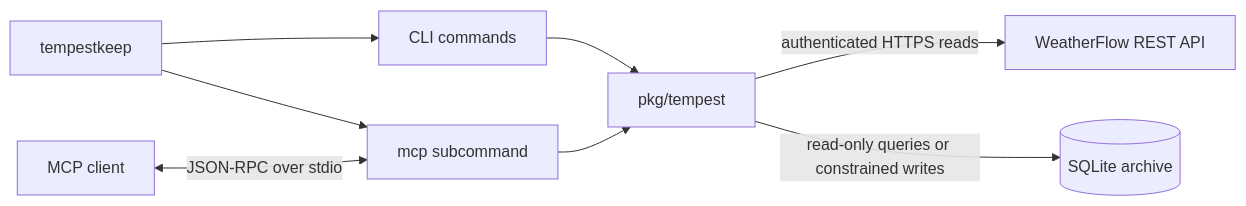
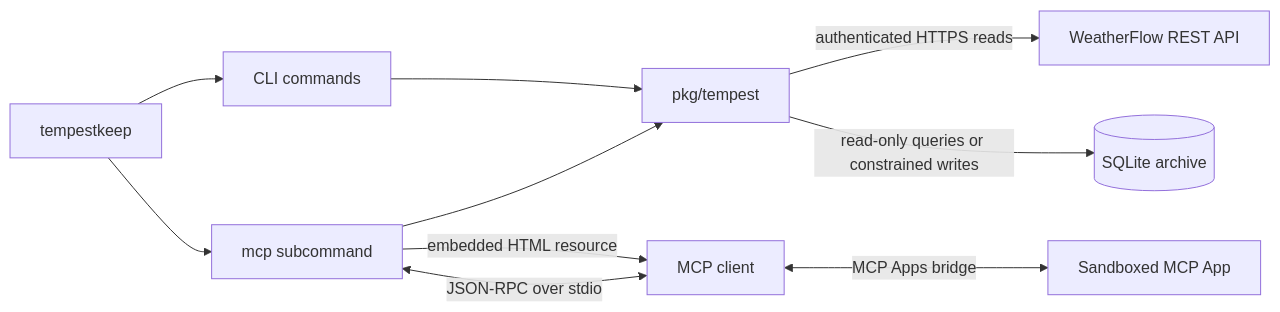
The diagram in docs/architecture.md (agent-lennrt/tempestkeep), drawn with Mermaid before and after one commit. The commit also changed other lines of this file and 51 other files, not shown here.

Commit message:
Add embedded MCP Apps weather and archive explorer

````diff
--- a/docs/architecture.md
+++ b/docs/architecture.md
@@ -9,18 +9,21 @@
 ```mermaid
 flowchart LR
     WF[WeatherFlow REST API]
     APP[tempestkeep]
     CLI[CLI commands]
     MCP[mcp subcommand]
     CORE[pkg/tempest]
     DB[(SQLite archive)]
     CLIENT[MCP client]
+    VIEW[Sandboxed MCP App]
 
     APP --> CLI
     APP --> MCP
     CLI --> CORE
     MCP --> CORE
     CORE -->|authenticated HTTPS reads| WF
     CORE -->|read-only queries or constrained writes| DB
     CLIENT <-->|JSON-RPC over stdio| MCP
+    CLIENT <-->|MCP Apps bridge| VIEW
+    MCP -->|embedded HTML resource| CLIENT
 ```
````
